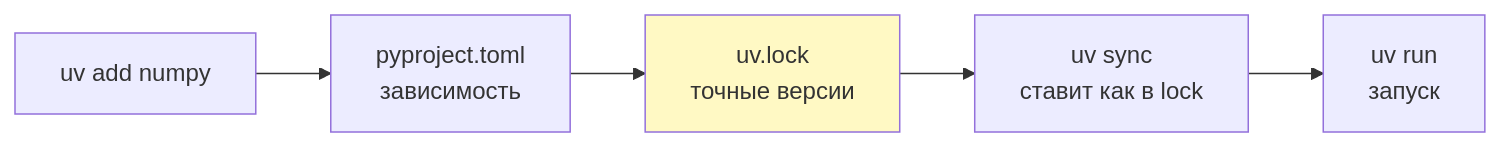
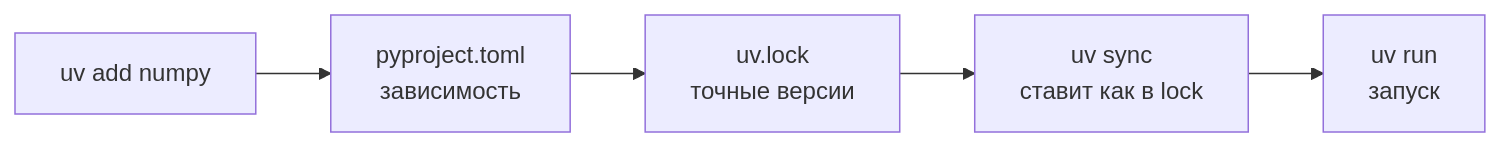
The second of 3 diagrams in 02_Курсы/01. Инженерные практики Python/01_Лекции/11. Сторонние библиотеки.md (JayStorm228/College), drawn with Mermaid before and after one commit. The commit also changed other lines of this file and 30 other files, not shown here.

First line of the commit message:
переименование NumPy лекций под академические заголовки + стандартные диаграммы

````diff
--- a/02_Курсы/01. Инженерные практики Python/01_Лекции/11. Сторонние библиотеки.md
+++ b/02_Курсы/01. Инженерные практики Python/01_Лекции/11. Сторонние библиотеки.md
@@ -59,8 +56,7 @@
 ```mermaid
 flowchart LR
   A[uv add numpy] --> B[pyproject.toml<br>зависимость]
   B --> C[uv.lock<br>точные версии]
   C --> D[uv sync<br>ставит как в lock]
   D --> E[uv run<br>запуск]
-  style C fill:#fff9c4
 ```
````
